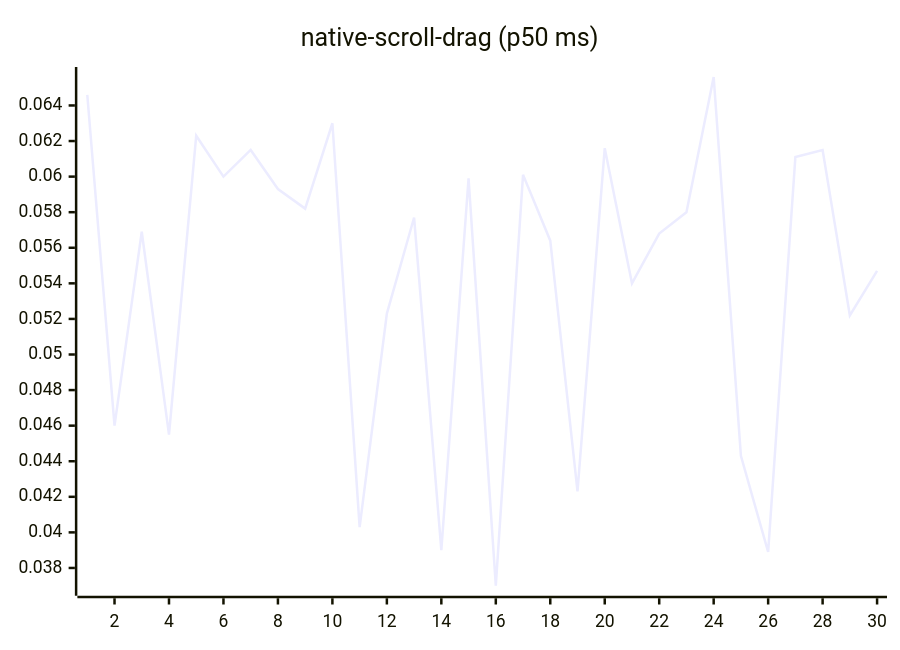
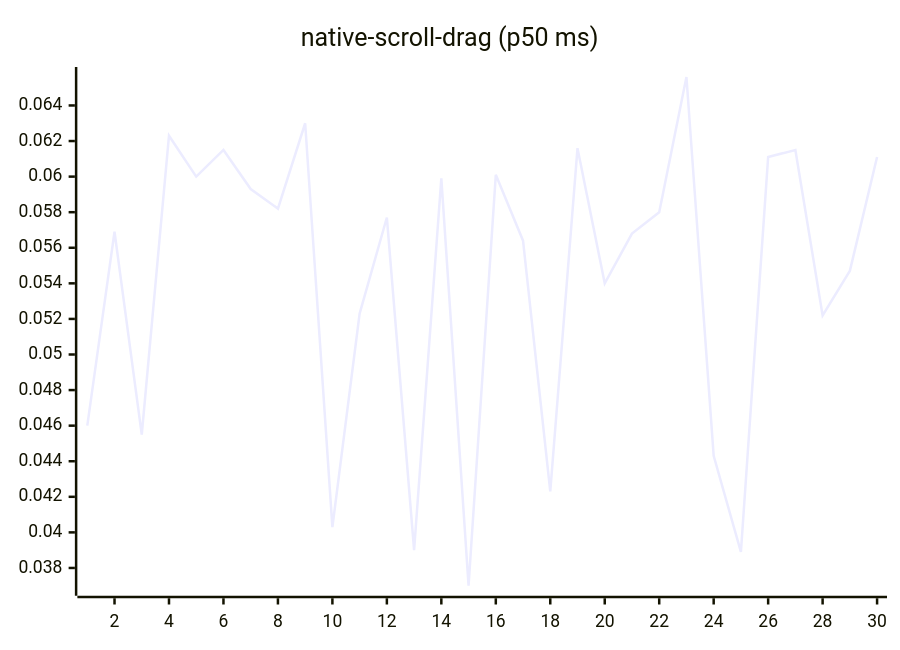
Before and after one commit to josha/Facet: diagram 14 of 27 in README.md, drawn with Mermaid. The commit also changed other lines of this file and 2 other files, not shown here.

````diff
--- a/README.md
+++ b/README.md
@@ -154,6 +154,6 @@
 ```mermaid
 xychart-beta
     title "native-scroll-drag (p50 ms)"
     x-axis 1 --> 30
-    line [0.0646, 0.0460, 0.0569, 0.0455, 0.0623, 0.0600, 0.0615, 0.0593, 0.0582, 0.0630, 0.0403, 0.0523, 0.0577, 0.0390, 0.0599, 0.0370, 0.0601, 0.0564, 0.0423, 0.0616, 0.0540, 0.0568, 0.0580, 0.0656, 0.0443, 0.0389, 0.0611, 0.0615, 0.0522, 0.0547]
+    line [0.0460, 0.0569, 0.0455, 0.0623, 0.0600, 0.0615, 0.0593, 0.0582, 0.0630, 0.0403, 0.0523, 0.0577, 0.0390, 0.0599, 0.0370, 0.0601, 0.0564, 0.0423, 0.0616, 0.0540, 0.0568, 0.0580, 0.0656, 0.0443, 0.0389, 0.0611, 0.0615, 0.0522, 0.0547, 0.0611]
 ```
````
